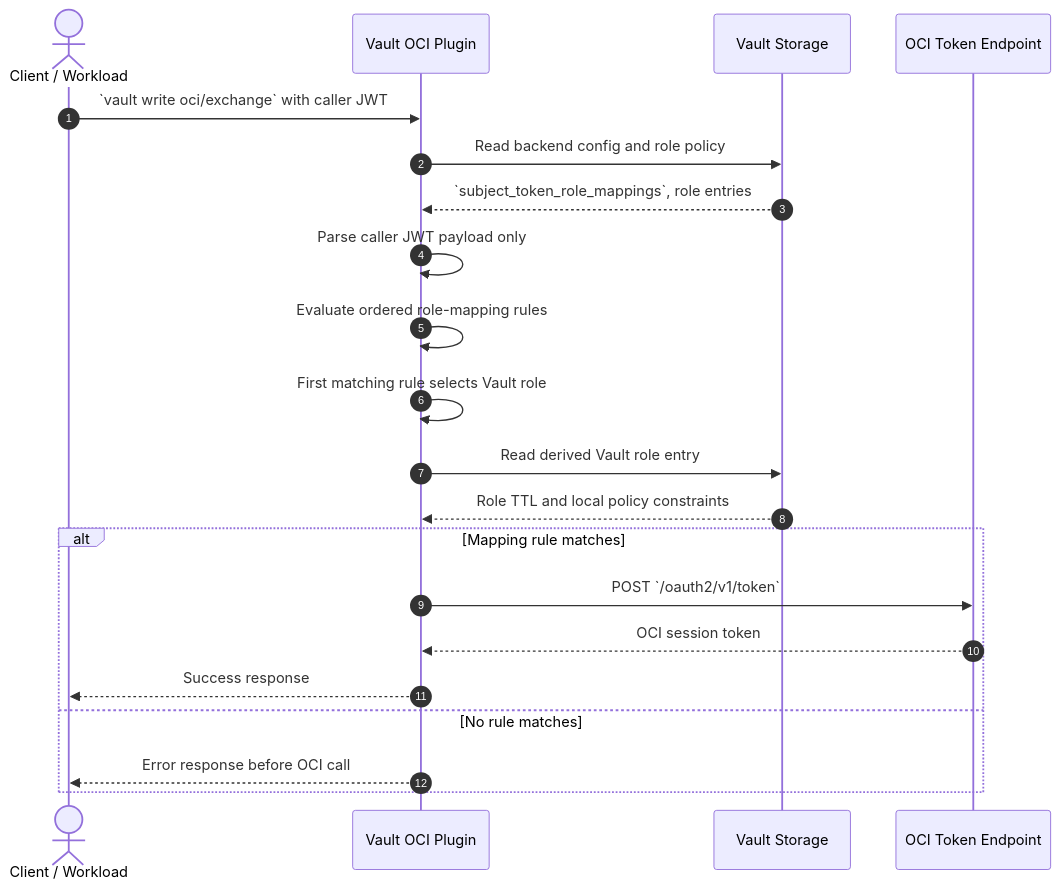
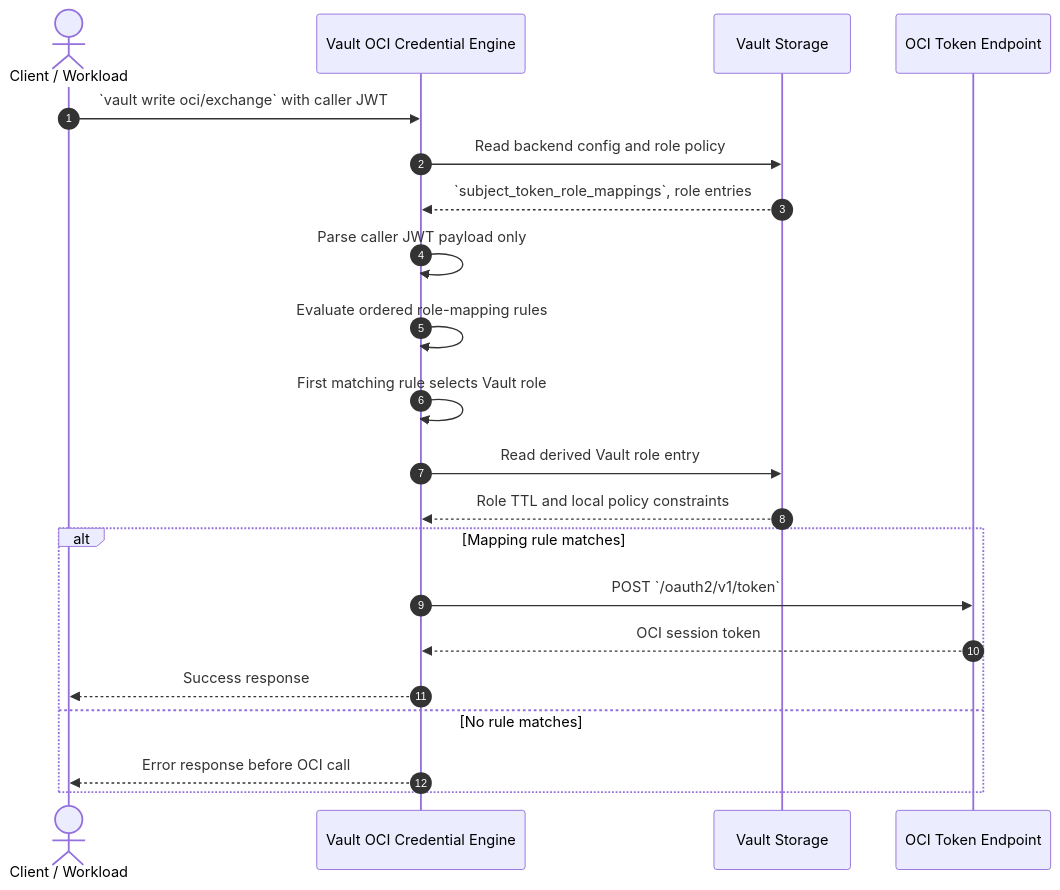
The diagram in docs/sequence-diagrams/04-role-claim-guardrail.mmd (gtrevorrow/Hashicorp-OCI-credential-engine), drawn with Mermaid before and after one commit. The commit also changed 5 other files, not shown here.

Commit message:
docs(diagrams): rename engine actor label

```diff
--- a/docs/sequence-diagrams/04-role-claim-guardrail.mmd
+++ b/docs/sequence-diagrams/04-role-claim-guardrail.mmd
@@ -1,23 +1,23 @@
 sequenceDiagram
     autonumber
     actor C as Client / Workload
-    participant V as Vault OCI Plugin
+    participant V as Vault OCI Credential Engine
     participant S as Vault Storage
     participant O as OCI Token Endpoint
 
     C->>V: `vault write oci/exchange` with caller JWT
     V->>S: Read backend config and role policy
     S-->>V: `subject_token_role_mappings`, role entries
     V->>V: Parse caller JWT payload only
     V->>V: Evaluate ordered role-mapping rules
     V->>V: First matching rule selects Vault role
     V->>S: Read derived Vault role entry
     S-->>V: Role TTL and local policy constraints
 
     alt Mapping rule matches
         V->>O: POST `/oauth2/v1/token`
         O-->>V: OCI session token
         V-->>C: Success response
     else No rule matches
         V-->>C: Error response before OCI call
     end
```
